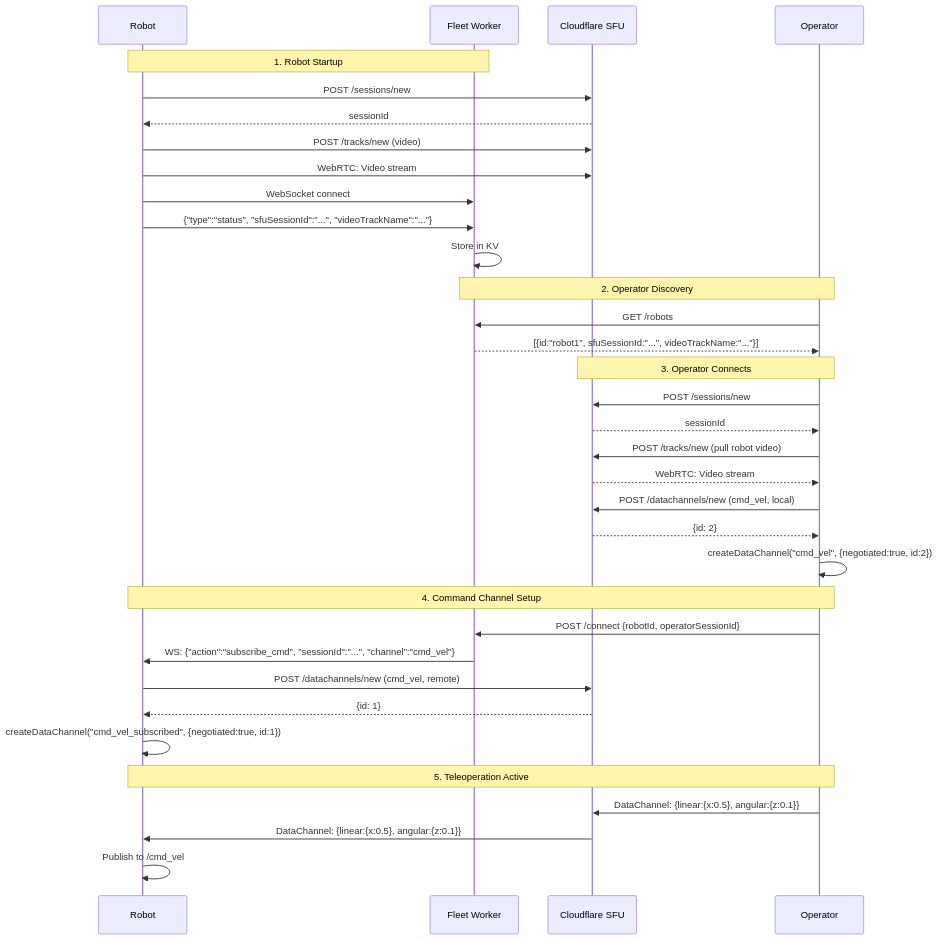
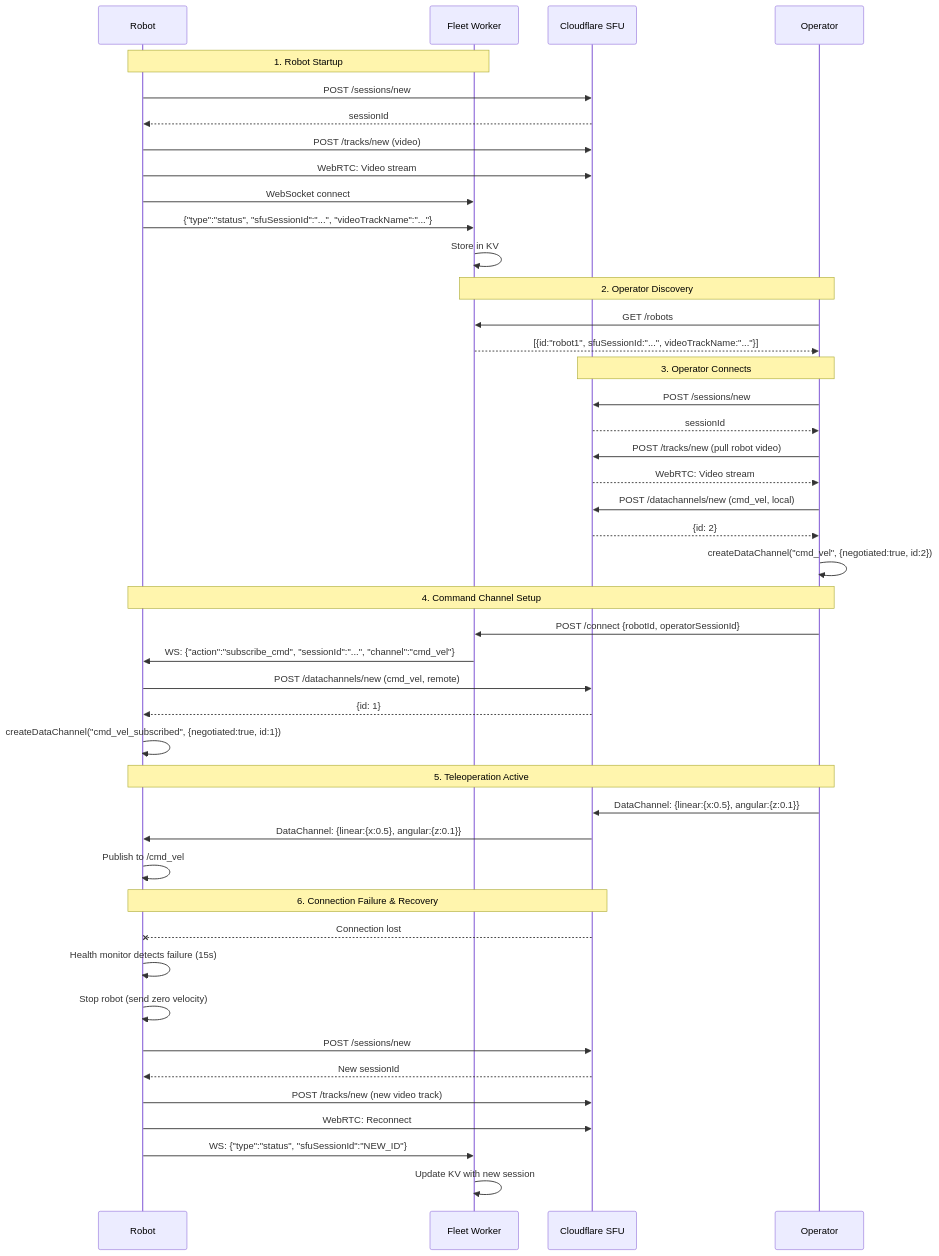
One commit to BigMuzzy/ugv_ws_pi changed the second of 2 diagrams in src/ugv_main/webrtc_ros2_bridge/README.md. Above: the diagram before and after it, drawn with Mermaid. The commit also changed other lines of this file and 4 other files, not shown here.

````diff
--- a/src/ugv_main/webrtc_ros2_bridge/README.md
+++ b/src/ugv_main/webrtc_ros2_bridge/README.md
@@ -72,41 +75,52 @@
 ```mermaid
 sequenceDiagram
     participant R as Robot
     participant W as Fleet Worker
     participant S as Cloudflare SFU
     participant O as Operator
 
     Note over R,W: 1. Robot Startup
     R->>S: POST /sessions/new
     S-->>R: sessionId
     R->>S: POST /tracks/new (video)
     R->>S: WebRTC: Video stream
     R->>W: WebSocket connect
     R->>W: {"type":"status", "sfuSessionId":"...", "videoTrackName":"..."}
     W->>W: Store in KV
 
     Note over O,W: 2. Operator Discovery
     O->>W: GET /robots
     W-->>O: [{id:"robot1", sfuSessionId:"...", videoTrackName:"..."}]
 
     Note over O,S: 3. Operator Connects
     O->>S: POST /sessions/new
     S-->>O: sessionId
     O->>S: POST /tracks/new (pull robot video)
     S-->>O: WebRTC: Video stream
     O->>S: POST /datachannels/new (cmd_vel, local)
     S-->>O: {id: 2}
     O->>O: createDataChannel("cmd_vel", {negotiated:true, id:2})
 
     Note over O,R: 4. Command Channel Setup
     O->>W: POST /connect {robotId, operatorSessionId}
     W->>R: WS: {"action":"subscribe_cmd", "sessionId":"...", "channel":"cmd_vel"}
     R->>S: POST /datachannels/new (cmd_vel, remote)
     S-->>R: {id: 1}
     R->>R: createDataChannel("cmd_vel_subscribed", {negotiated:true, id:1})
 
     Note over O,R: 5. Teleoperation Active
     O->>S: DataChannel: {linear:{x:0.5}, angular:{z:0.1}}
     S->>R: DataChannel: {linear:{x:0.5}, angular:{z:0.1}}
     R->>R: Publish to /cmd_vel
+
+    Note over R,S: 6. Connection Failure & Recovery
+    S--xR: Connection lost
+    R->>R: Health monitor detects failure (15s)
+    R->>R: Stop robot (send zero velocity)
+    R->>S: POST /sessions/new
+    S-->>R: New sessionId
+    R->>S: POST /tracks/new (new video track)
+    R->>S: WebRTC: Reconnect
+    R->>W: WS: {"type":"status", "sfuSessionId":"NEW_ID"}
+    W->>W: Update KV with new session
 ```
````
